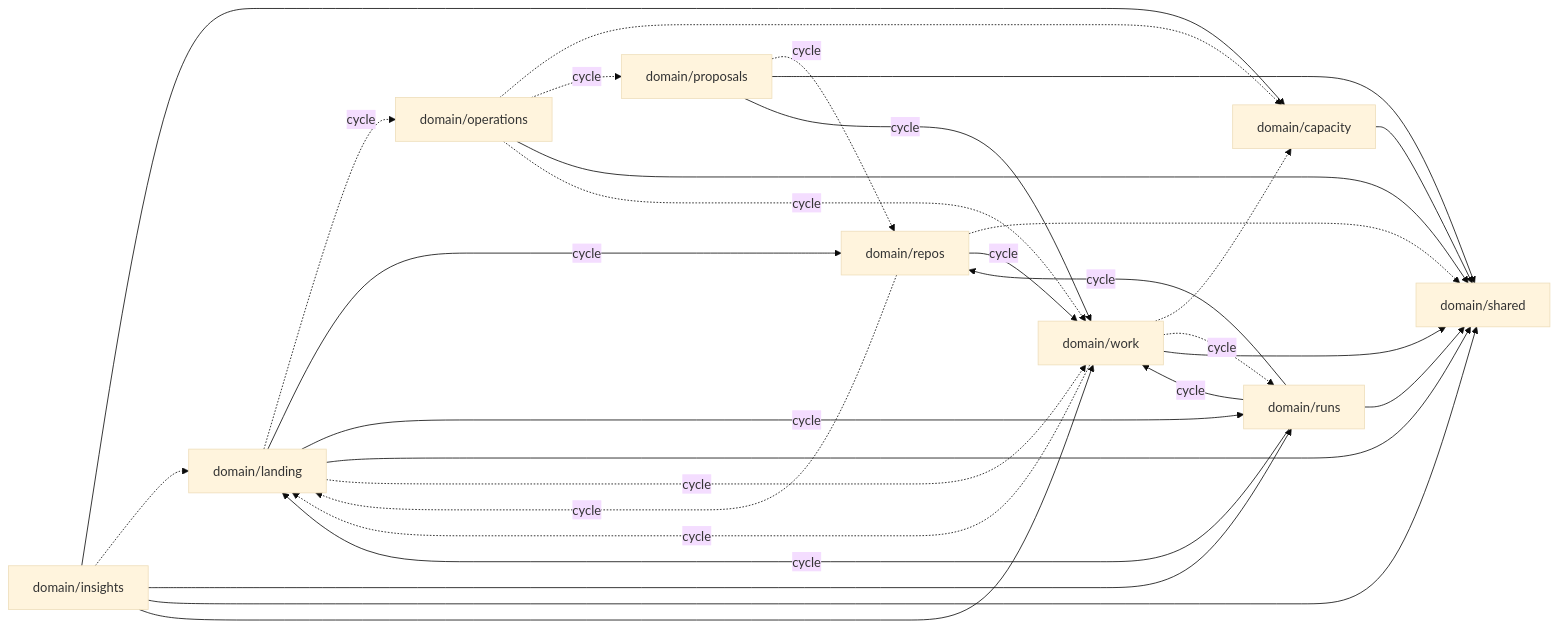
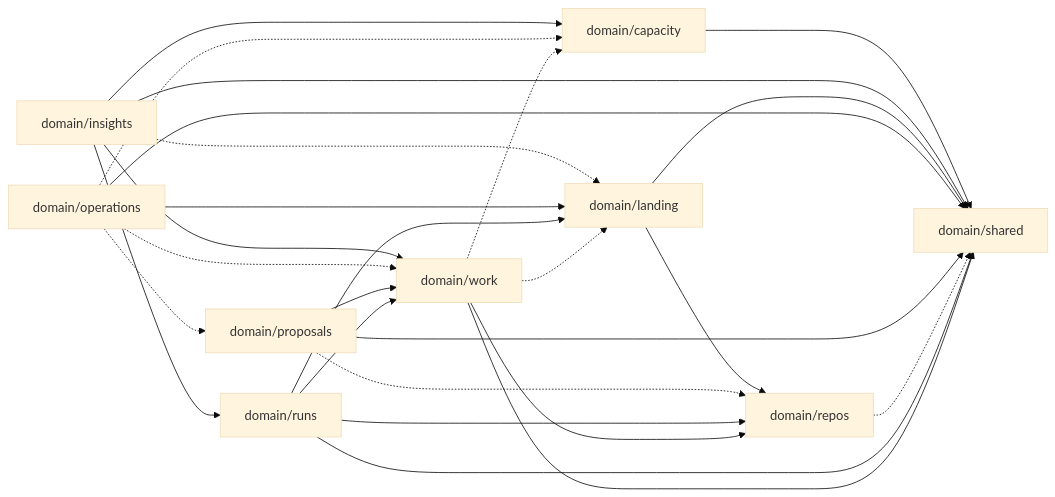
One commit to tomrobdev/agentdeck changed the diagram in docs/reference/context-map.md. Above: the diagram before and after it, drawn with Mermaid (base theme). The commit also changed other lines of this file and 72 other files, not shown here.

````diff
--- a/docs/reference/context-map.md
+++ b/docs/reference/context-map.md
@@ -7,41 +7,37 @@
 ```mermaid
 flowchart LR
   domain_capacity["domain/capacity"]
   domain_insights["domain/insights"]
   domain_landing["domain/landing"]
   domain_operations["domain/operations"]
   domain_proposals["domain/proposals"]
   domain_repos["domain/repos"]
   domain_runs["domain/runs"]
   domain_shared["domain/shared"]
   domain_work["domain/work"]
   domain_capacity --> domain_shared
   domain_insights --> domain_capacity
   domain_insights -.-> domain_landing
   domain_insights --> domain_runs
   domain_insights --> domain_shared
   domain_insights --> domain_work
-  domain_landing -.->|cycle| domain_operations
-  domain_landing -->|cycle| domain_repos
-  domain_landing -->|cycle| domain_runs
+  domain_landing --> domain_repos
   domain_landing --> domain_shared
-  domain_landing -.->|cycle| domain_work
   domain_operations -.-> domain_capacity
-  domain_operations -.->|cycle| domain_proposals
+  domain_operations --> domain_landing
+  domain_operations -.-> domain_proposals
   domain_operations --> domain_shared
-  domain_operations -.->|cycle| domain_work
-  domain_proposals -.->|cycle| domain_repos
+  domain_operations -.-> domain_work
+  domain_proposals -.-> domain_repos
   domain_proposals --> domain_shared
-  domain_proposals -->|cycle| domain_work
-  domain_repos -.->|cycle| domain_landing
+  domain_proposals --> domain_work
   domain_repos -.-> domain_shared
-  domain_repos -->|cycle| domain_work
-  domain_runs -->|cycle| domain_landing
-  domain_runs -->|cycle| domain_repos
+  domain_runs --> domain_landing
+  domain_runs --> domain_repos
   domain_runs --> domain_shared
-  domain_runs -->|cycle| domain_work
+  domain_runs --> domain_work
   domain_work -.-> domain_capacity
-  domain_work -.->|cycle| domain_landing
-  domain_work -.->|cycle| domain_runs
+  domain_work -.-> domain_landing
+  domain_work --> domain_repos
   domain_work --> domain_shared
 ```
````
